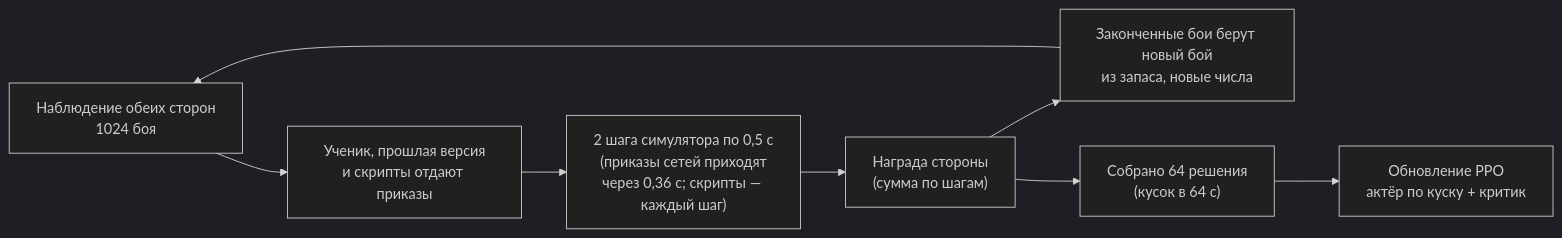
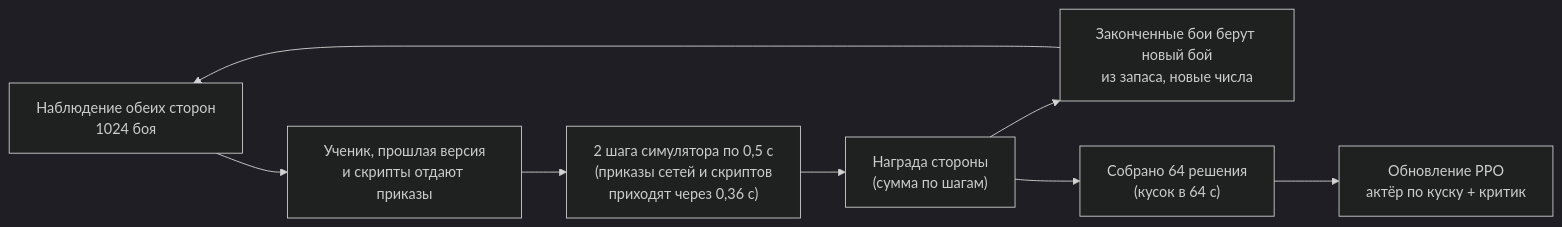
The diagram in docs/ru/training/training.md (DimaZero7/TWW3-batle-ai), drawn with Mermaid (dark theme) before and after one commit. The commit also changed other lines of this file and 18 other files, not shown here.

````diff
--- a/docs/ru/training/training.md
+++ b/docs/ru/training/training.md
@@ -147,10 +147,10 @@
 ```mermaid
 flowchart LR
   obs["Наблюдение обеих сторон<br/>1024 боя"] --> act["Ученик, прошлая версия<br/>и скрипты отдают приказы"]
-  act --> step["2 шага симулятора по 0,5 с<br/>(приказы сетей приходят<br/>через 0,36 с; скрипты — каждый шаг)"]
+  act --> step["2 шага симулятора по 0,5 с<br/>(приказы сетей и скриптов<br/>приходят через 0,36 с)"]
   step --> rew["Награда стороны<br/>(сумма по шагам)"]
   rew --> reset["Законченные бои берут новый бой<br/>из запаса, новые числа"]
   reset --> obs
   rew --> buf["Собрано 64 решения<br/>(кусок в 64 с)"]
   buf --> ppo["Обновление PPO<br/>актёр по куску + критик"]
 ```
````
